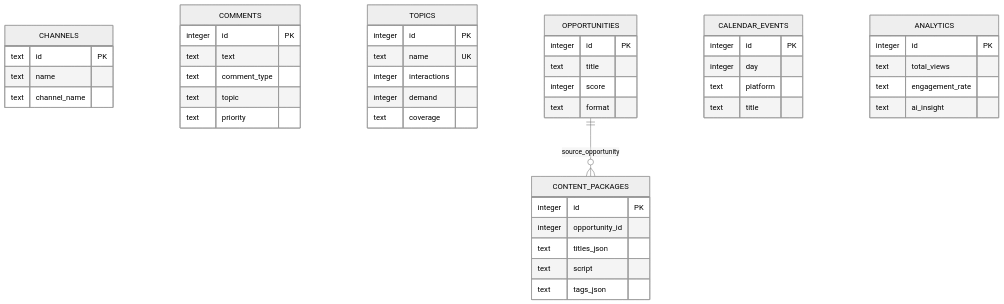
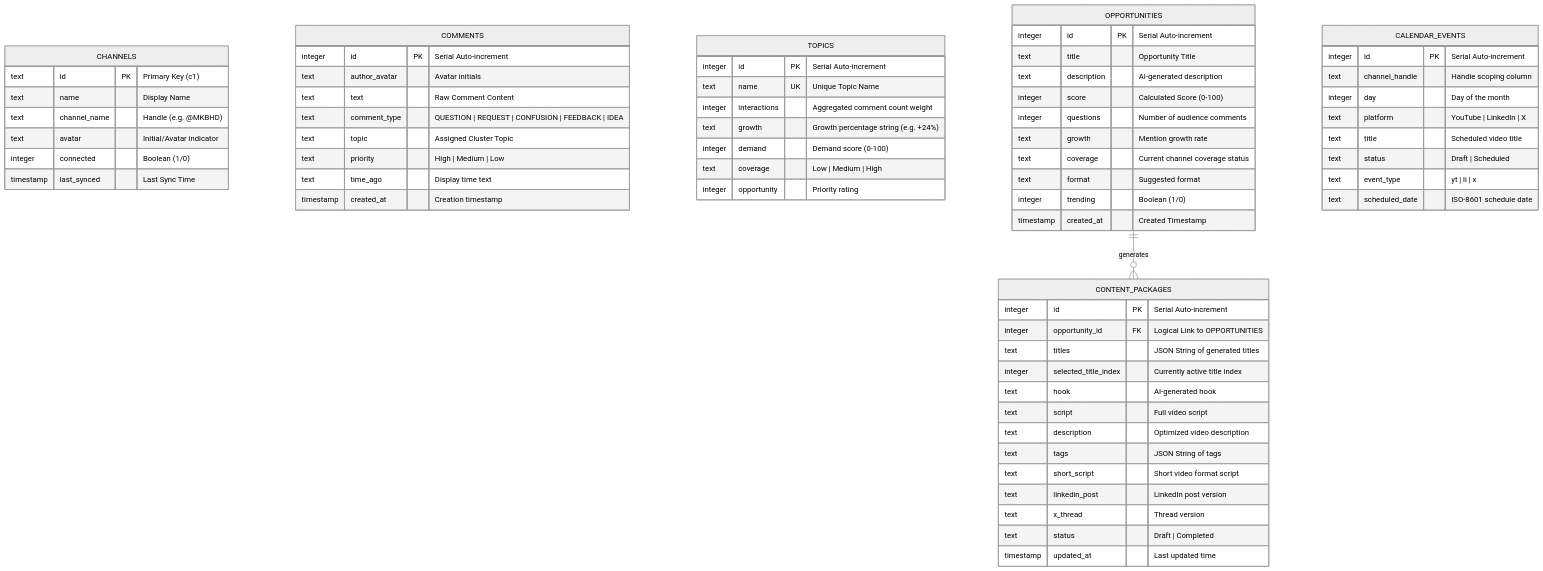
The third of 3 diagrams in README.md (Ankitanand2411/Audience-OS), drawn with Mermaid (neutral theme) before and after one commit. The commit also changed other lines of this file, not shown here.

Commit message:
docs: update README.md with detailed system architecture & performance optimizations

````diff
--- a/README.md
+++ b/README.md
@@ -169,11 +166,74 @@
 ```mermaid
 erDiagram
-  CHANNELS { text id PK text name text channel_name }
-  COMMENTS { integer id PK text text text comment_type text topic text priority }
-  TOPICS { integer id PK text name UK integer interactions integer demand text coverage }
-  OPPORTUNITIES { integer id PK text title integer score text format }
-  CONTENT_PACKAGES { integer id PK integer opportunity_id text titles_json text script text tags_json }
-  CALENDAR_EVENTS { integer id PK integer day text platform text title }
-  ANALYTICS { integer id PK text total_views text engagement_rate text ai_insight }
-  OPPORTUNITIES ||--o{ CONTENT_PACKAGES : source_opportunity
+    CHANNELS {
+        text id PK "Primary Key (c1)"
+        text name "Display Name"
+        text channel_name "Handle (e.g. @MKBHD)"
+        text avatar "Initial/Avatar indicator"
+        integer connected "Boolean (1/0)"
+        timestamp last_synced "Last Sync Time"
+    }
+
+    COMMENTS {
+        integer id PK "Serial Auto-increment"
+        text author_avatar "Avatar initials"
+        text text "Raw Comment Content"
+        text comment_type "QUESTION | REQUEST | CONFUSION | FEEDBACK | IDEA"
+        text topic "Assigned Cluster Topic"
+        text priority "High | Medium | Low"
+        text time_ago "Display time text"
+        timestamp created_at "Creation timestamp"
+    }
+
+    TOPICS {
+        integer id PK "Serial Auto-increment"
+        text name UK "Unique Topic Name"
+        integer interactions "Aggregated comment count weight"
+        text growth "Growth percentage string (e.g. +24%)"
+        integer demand "Demand score (0-100)"
+        text coverage "Low | Medium | High"
+        integer opportunity "Priority rating"
+    }
+
+    OPPORTUNITIES {
+        integer id PK "Serial Auto-increment"
+        text title "Opportunity Title"
+        text description "AI-generated description"
+        integer score "Calculated Score (0-100)"
+        integer questions "Number of audience comments"
+        text growth "Mention growth rate"
+        text coverage "Current channel coverage status"
+        text format "Suggested format"
+        integer trending "Boolean (1/0)"
+        timestamp created_at "Created Timestamp"
+    }
+
+    CONTENT_PACKAGES {
+        integer id PK "Serial Auto-increment"
+        integer opportunity_id FK "Logical Link to OPPORTUNITIES"
+        text titles "JSON String of generated titles"
+        integer selected_title_index "Currently active title index"
+        text hook "AI-generated hook"
+        text script "Full video script"
+        text description "Optimized video description"
+        text tags "JSON String of tags"
+        text short_script "Short video format script"
+        text linkedin_post "LinkedIn post version"
+        text x_thread "Thread version"
+        text status "Draft | Completed"
+        timestamp updated_at "Last updated time"
+    }
+
+    CALENDAR_EVENTS {
+        integer id PK "Serial Auto-increment"
+        text channel_handle "Handle scoping column"
+        integer day "Day of the month"
+        text platform "YouTube | LinkedIn | X"
+        text title "Scheduled video title"
+        text status "Draft | Scheduled"
+        text event_type "yt | li | x"
+        text scheduled_date "ISO-8601 schedule date"
+    }
+
+    OPPORTUNITIES ||--o{ CONTENT_PACKAGES : "generates"
 ```
````
